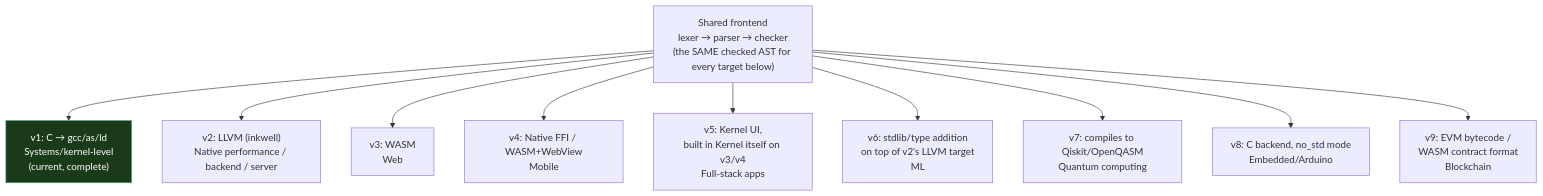
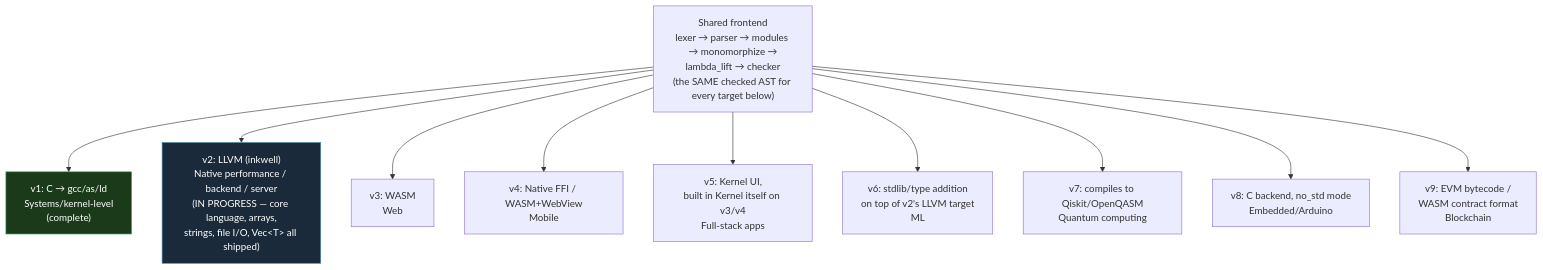
One commit to pabilandokarenpv/kernel-lang changed the tenth of 10 diagrams in COMPLETE_GUIDE.md. Above: the diagram before and after it, drawn with Mermaid. The commit also changed other lines of this file and 1 other file, not shown here.

````diff
--- a/COMPLETE_GUIDE.md
+++ b/COMPLETE_GUIDE.md
@@ -700,15 +709,16 @@
 ```mermaid
 flowchart TB
-    FRONTENDNODE["Shared frontend<br/>lexer → parser → checker<br/>(the SAME checked AST for every target below)"]
-    FRONTENDNODE --> V1NODE["v1: C → gcc/as/ld<br/>Systems/kernel-level<br/>(current, complete)"]
-    FRONTENDNODE --> V2NODE["v2: LLVM (inkwell)<br/>Native performance / backend / server"]
+    FRONTENDNODE["Shared frontend<br/>lexer → parser → modules → monomorphize →<br/>lambda_lift → checker<br/>(the SAME checked AST for every target below)"]
+    FRONTENDNODE --> V1NODE["v1: C → gcc/as/ld<br/>Systems/kernel-level<br/>(complete)"]
+    FRONTENDNODE --> V2NODE["v2: LLVM (inkwell)<br/>Native performance / backend / server<br/>(IN PROGRESS — core language, arrays,<br/>strings, file I/O, Vec&lt;T&gt; all shipped)"]
     FRONTENDNODE --> V3NODE["v3: WASM<br/>Web"]
     FRONTENDNODE --> V4NODE["v4: Native FFI / WASM+WebView<br/>Mobile"]
     FRONTENDNODE --> V5NODE["v5: Kernel UI,<br/>built in Kernel itself on v3/v4<br/>Full-stack apps"]
     FRONTENDNODE --> V6NODE["v6: stdlib/type addition<br/>on top of v2's LLVM target<br/>ML"]
     FRONTENDNODE --> V7NODE["v7: compiles to Qiskit/OpenQASM<br/>Quantum computing"]
     FRONTENDNODE --> V8NODE["v8: C backend, no_std mode<br/>Embedded/Arduino"]
     FRONTENDNODE --> V9NODE["v9: EVM bytecode /<br/>WASM contract format<br/>Blockchain"]
 
     style V1NODE fill:#1a3a1a,stroke:#4a8,color:#fff
+    style V2NODE fill:#1a2a3a,stroke:#48a,color:#fff
 ```
````
